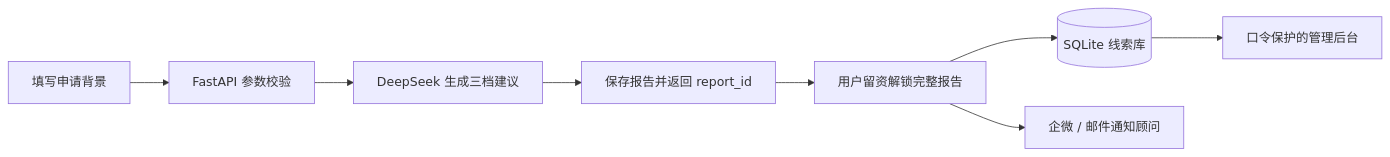
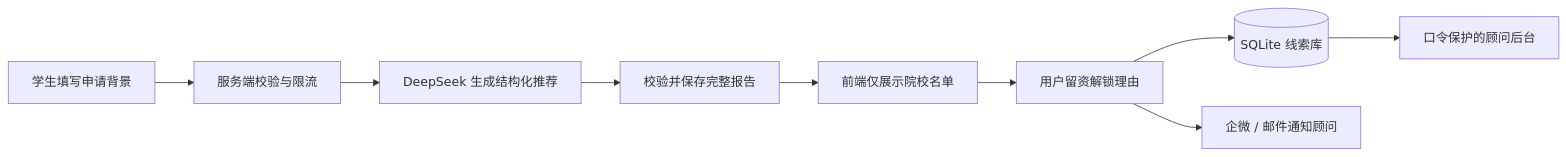
The diagram in README.md (xiaogongzhuuu/study-abroad-evaluation), drawn with Mermaid before and after one commit. The commit also changed other lines of this file and 40 other files, not shown here.

````diff
--- a/README.md
+++ b/README.md
@@ -28,10 +24,11 @@
 ```mermaid
 flowchart LR
-    A[填写申请背景] --> B[FastAPI 参数校验]
-    B --> C[DeepSeek 生成三档建议]
-    C --> D[保存报告并返回 report_id]
-    D --> E[用户留资解锁完整报告]
-    E --> F[(SQLite 线索库)]
-    E --> G[企微 / 邮件通知顾问]
-    F --> H[口令保护的管理后台]
+    A[学生填写申请背景] --> B[服务端校验与限流]
+    B --> C[DeepSeek 生成结构化推荐]
+    C --> D[校验并保存完整报告]
+    D --> E[前端仅展示院校名单]
+    E --> F[用户留资解锁理由]
+    F --> G[(SQLite 线索库)]
+    F --> H[企微 / 邮件通知顾问]
+    G --> I[口令保护的顾问后台]
 ```
````
